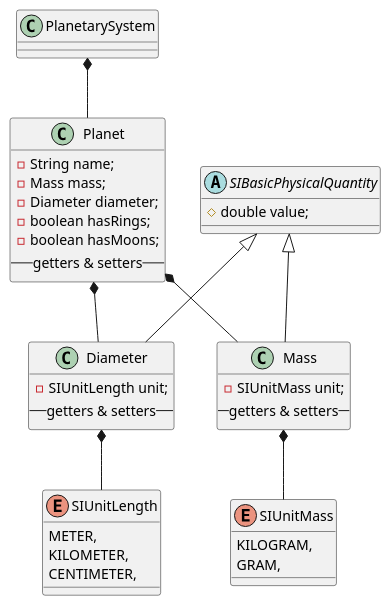
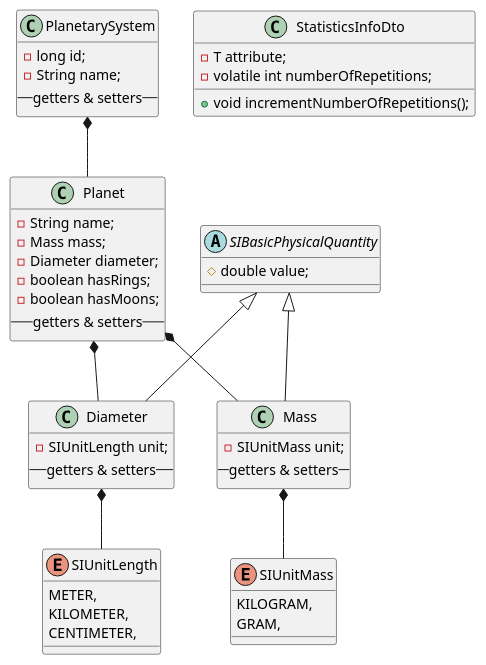
One commit to dima666Sik/ProfITsoft-Internship changed the diagram in java-core-parser-hw-1/src/main/resources/Domain.puml. Above: the diagram before and after it, drawn with PlantUML. The commit also changed 19 other files, not shown here.

```diff
--- a/java-core-parser-hw-1/src/main/resources/Domain.puml
+++ b/java-core-parser-hw-1/src/main/resources/Domain.puml
@@ -1,51 +1,61 @@
 @startuml
 'https://plantuml.com/class-diagram
 
 class Planet{
     - String name;
     - Mass mass;
     - Diameter diameter;
     - boolean hasRings;
     - boolean hasMoons;
     --getters & setters--
 }
 
-class PlanetarySystem{}
+class PlanetarySystem{
+    - long id;
+    - String name;
+    --getters & setters--
+}
 
 class Diameter{
     - SIUnitLength unit;
     --getters & setters--
 }
 
 class Mass{
     - SIUnitMass unit;
     --getters & setters--
 }
 
 enum SIUnitLength {
     METER,
     KILOMETER,
     CENTIMETER,
 }
 
 enum SIUnitMass {
     KILOGRAM,
     GRAM,
 }
 
 abstract class SIBasicPhysicalQuantity{
  # double value;
 }
 
+class StatisticsInfoDto{
+    - T attribute;
+    - volatile int numberOfRepetitions;
+    + void incrementNumberOfRepetitions();
+}
+
 SIBasicPhysicalQuantity <|-- Diameter
 SIBasicPhysicalQuantity <|-- Mass
 
 PlanetarySystem *-- Planet
 
 Planet *-- Diameter
 Planet *-- Mass
 
 Diameter *-- SIUnitLength
 Mass *-- SIUnitMass
 
 @enduml
```
